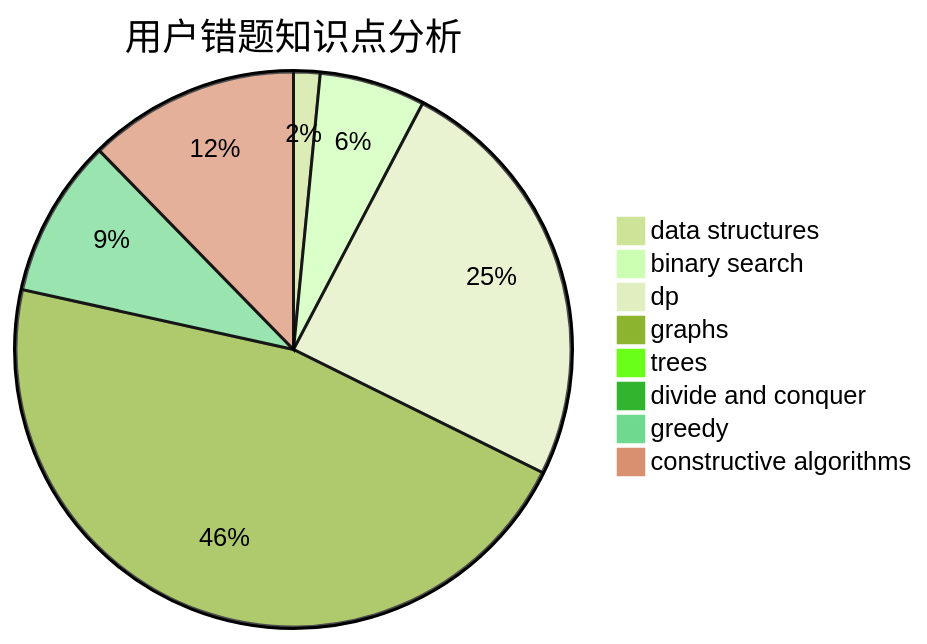
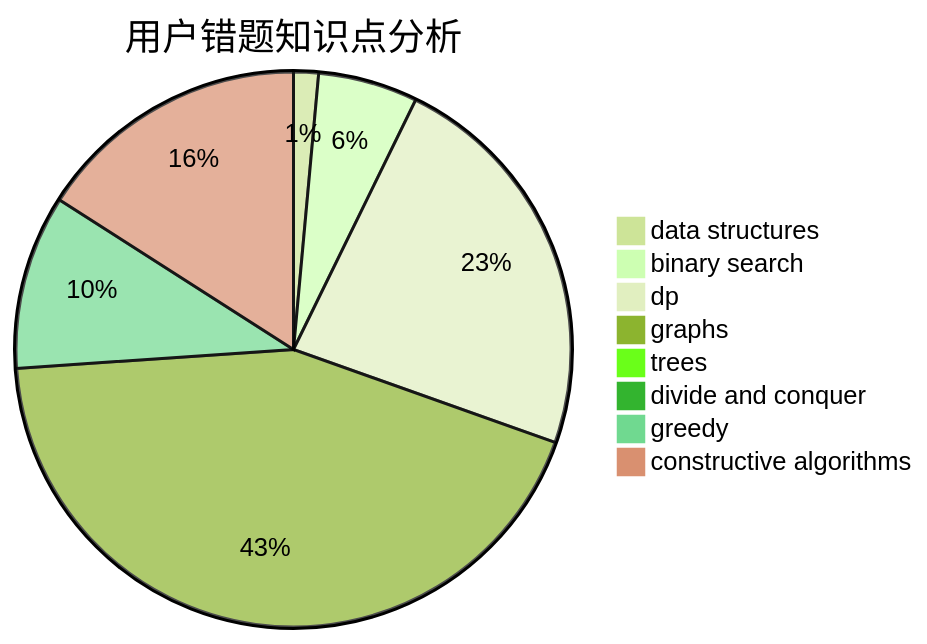
Before and after one commit to sherpahu/cfrs.github.io: the third of 3 diagrams in docs/user/u1576.md, drawn with Mermaid (forest theme). The commit also changed other lines of this file and 2770 other files, not shown here.

````diff
--- a/docs/user/u1576.md
+++ b/docs/user/u1576.md
@@ -36,11 +36,11 @@
 ```mermaid
 pie title 用户错题知识点分析
     "data structures" :  1
     "binary search" :  4
     "dp" :  16
     "graphs" :  30
     "trees" :  0
     "divide and conquer" :  0
-    "greedy" :  6
-    "constructive algorithms" :  8
+    "greedy" :  7
+    "constructive algorithms" :  11
 ```
````
